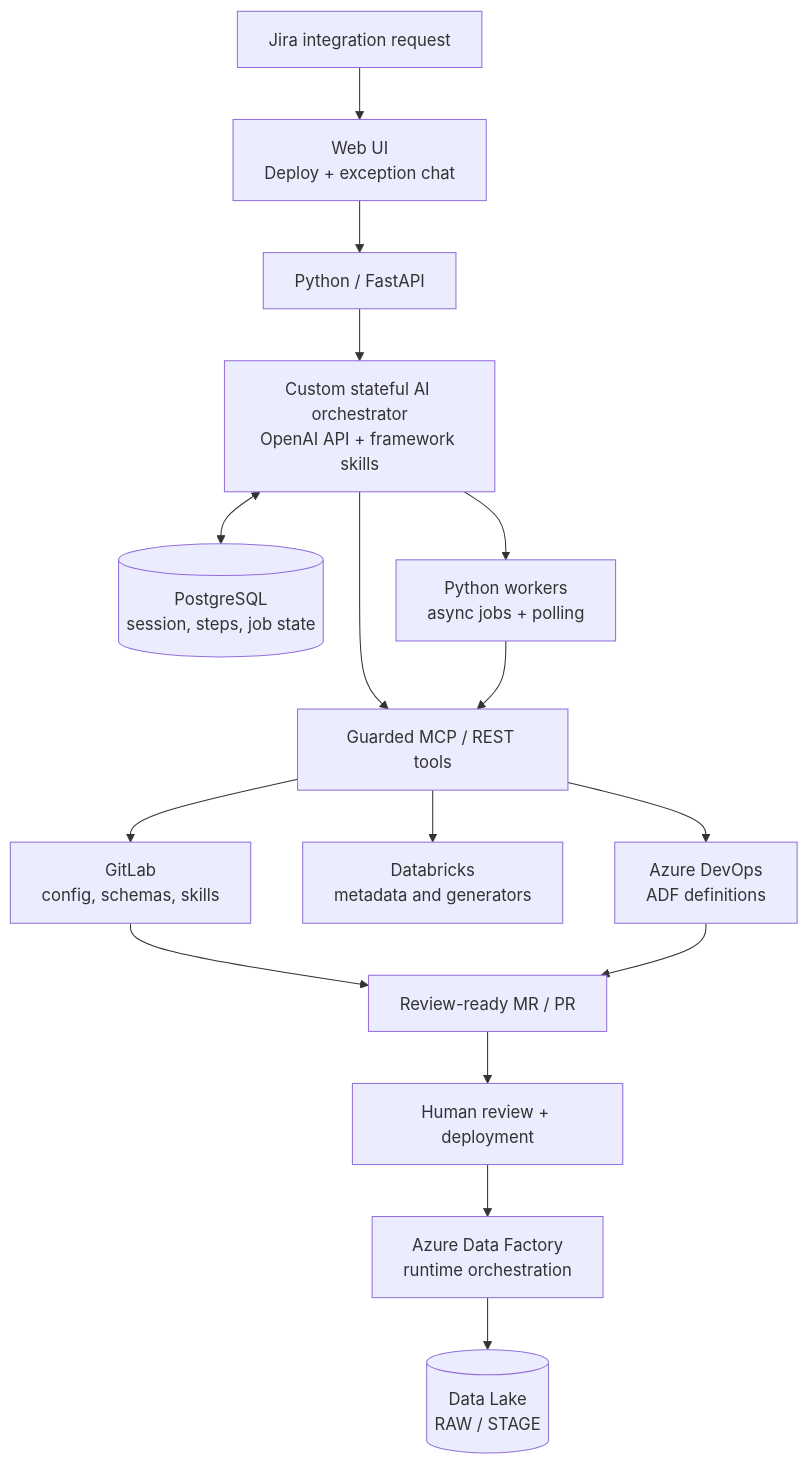
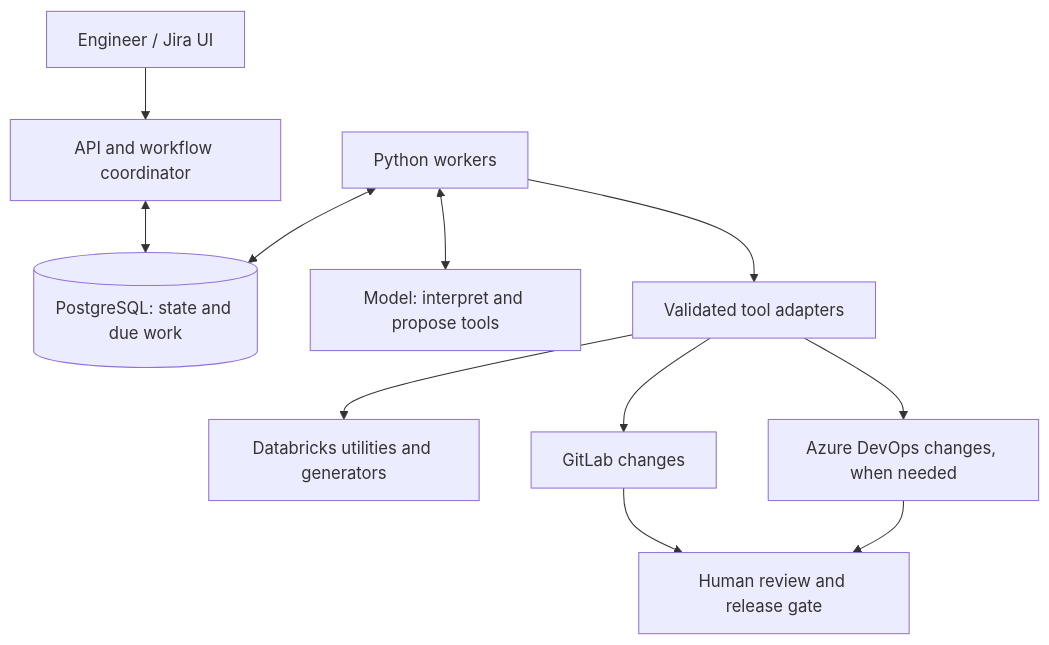
Before and after one commit to dorovladcodex/ai-data-integration-platform: the diagram in README.md, drawn with Mermaid. The commit also changed other lines of this file and 6 other files, not shown here.

First line of the commit message:
Complete the AI-assisted integration architecture case study

````diff
--- a/README.md
+++ b/README.md
@@ -17,18 +25,13 @@
 ```mermaid
 flowchart TB
-    J["Jira integration request"] --> UI["Web UI<br/>Deploy + exception chat"]
-    UI --> API["Python / FastAPI"]
-    API --> AG["Custom stateful AI orchestrator<br/>OpenAI API + framework skills"]
-    AG <--> PG[("PostgreSQL<br/>session, steps, job state")]
-    AG --> W["Python workers<br/>async jobs + polling"]
-    AG --> T["Guarded MCP / REST tools"]
-    W --> T
-    T --> GL["GitLab<br/>config, schemas, skills"]
-    T --> DB["Databricks<br/>metadata and generators"]
-    T --> ADO["Azure DevOps<br/>ADF definitions"]
-    GL --> REV["Review-ready MR / PR"]
-    ADO --> REV
-    REV --> H["Human review + deployment"]
-    H --> ADF["Azure Data Factory<br/>runtime orchestration"]
-    ADF --> LAKE[("Data Lake<br/>RAW / STAGE")]
+    UI["Engineer / Jira UI"] --> API["API and workflow coordinator"]
+    API <--> DB[("PostgreSQL: state and due work")]
+    W["Python workers"] <--> DB
+    W <--> AI["Model: interpret and propose tools"]
+    W --> T["Validated tool adapters"]
+    T --> D["Databricks utilities and generators"]
+    T --> G["GitLab changes"]
+    T --> A["Azure DevOps changes, when needed"]
+    G --> R["Human review and release gate"]
+    A --> R
 ```
````
